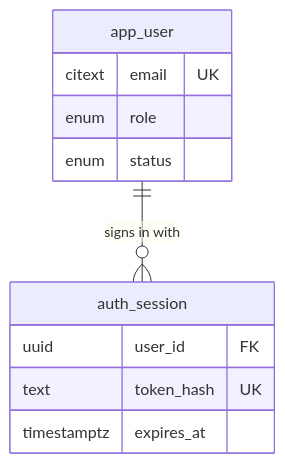
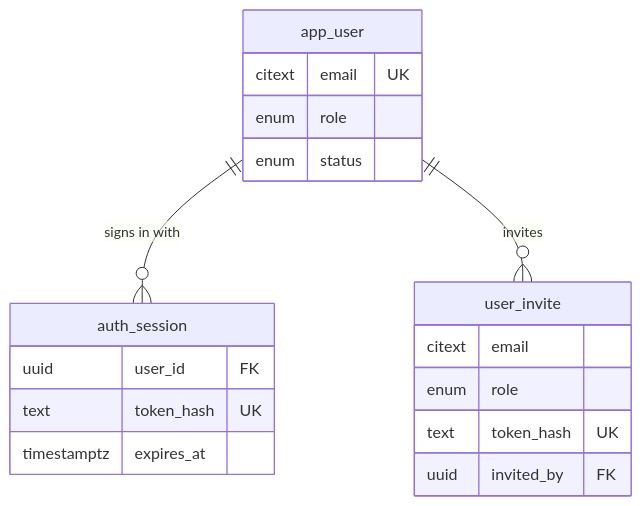
The first of 7 diagrams in docs/architecture/sql-store.md (Nichita111/OrangeLeadRadar), drawn with Mermaid before and after one commit. The commit also changed other lines of this file and 9 other files, not shown here.

````diff
--- a/docs/architecture/sql-store.md
+++ b/docs/architecture/sql-store.md
@@ -17,14 +17,21 @@
 ```mermaid
 erDiagram
   app_user ||--o{ auth_session : "signs in with"
+  app_user ||--o{ user_invite : "invites"
   app_user {
     citext email UK
     enum role
     enum status
   }
   auth_session {
     uuid user_id FK
     text token_hash UK
     timestamptz expires_at
   }
+  user_invite {
+    citext email
+    enum role
+    text token_hash UK
+    uuid invited_by FK
+  }
 ```
````
